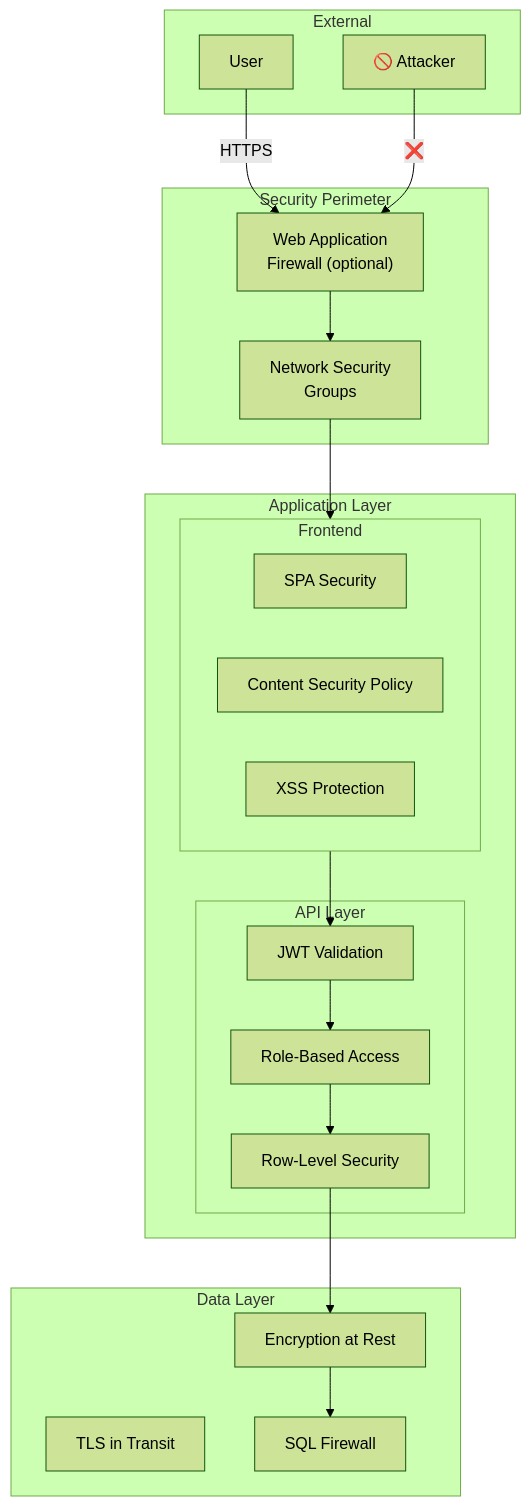
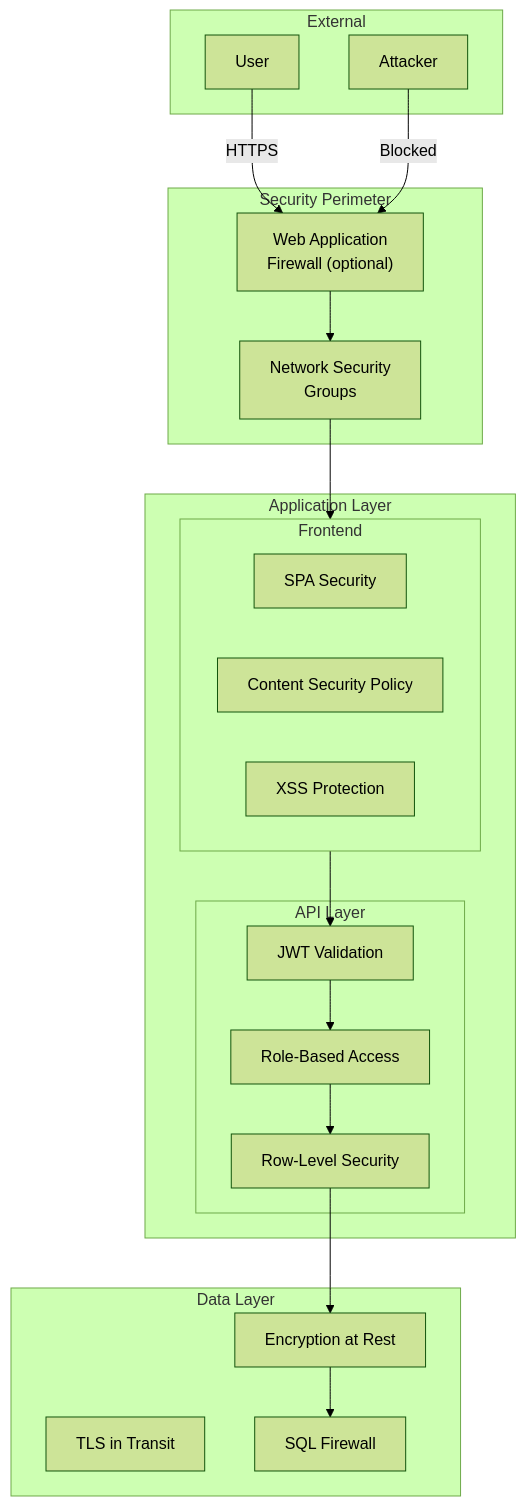
The sixth of 13 diagrams in docs/architecture.md (fgarofalo56/azure-dab-fullstack-demo), drawn with Mermaid (forest theme) before and after one commit. The commit also changed other lines of this file and 40 other files, not shown here.

````diff
--- a/docs/architecture.md
+++ b/docs/architecture.md
@@ -274,42 +289,42 @@
 ```mermaid
 flowchart TB
     subgraph External
         User["User"]
-        Attacker["🚫 Attacker"]
+        Attacker["Attacker"]
     end
 
     subgraph Perimeter["Security Perimeter"]
         WAF["Web Application<br/>Firewall (optional)"]
         NSG["Network Security<br/>Groups"]
     end
 
     subgraph AppLayer["Application Layer"]
         subgraph Frontend["Frontend"]
             SPA["SPA Security"]
             CSP["Content Security Policy"]
             XSS["XSS Protection"]
         end
 
         subgraph API["API Layer"]
             JWT["JWT Validation"]
             RBAC["Role-Based Access"]
             RLS["Row-Level Security"]
         end
     end
 
     subgraph DataLayer["Data Layer"]
         Encryption["Encryption at Rest"]
         TLS["TLS in Transit"]
         Firewall["SQL Firewall"]
     end
 
     User -->|HTTPS| WAF
-    Attacker -->|❌| WAF
+    Attacker -->|Blocked| WAF
     WAF --> NSG
     NSG --> Frontend
     Frontend --> JWT
     JWT --> RBAC
     RBAC --> RLS
     RLS --> Encryption
     Encryption --> Firewall
 ```
````
